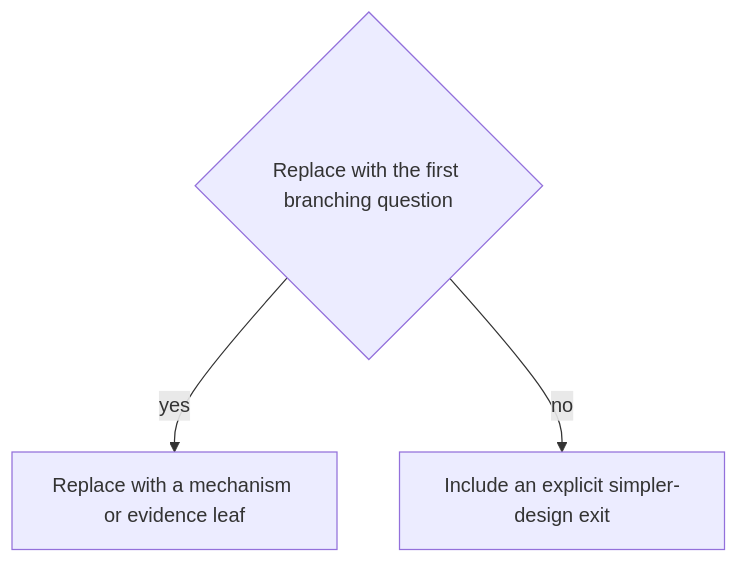
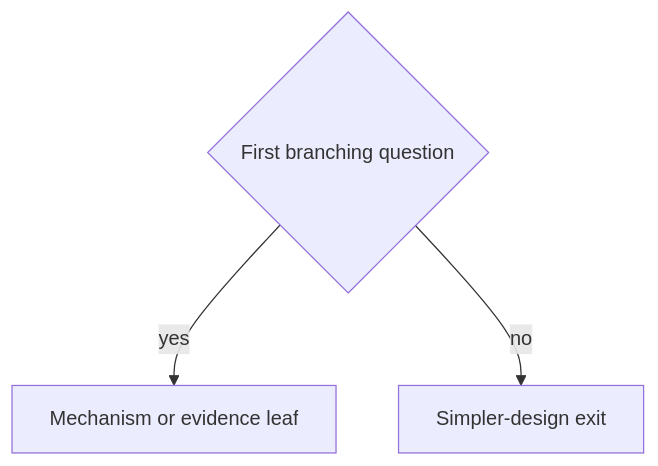
Before and after one commit to fluminis-scientiae-oraculum/doctrines-rust: the diagram in templates/doctrine/decision-framework.md, drawn with Mermaid. The commit also changed other lines of this file and 29 other files, not shown here.

````diff
--- a/templates/doctrine/decision-framework.md
+++ b/templates/doctrine/decision-framework.md
@@ -27,5 +35,5 @@
 ```mermaid
 flowchart TD
-    question{Replace with the first branching question} -->|yes| leaf[Replace with a mechanism or evidence leaf]
-    question -->|no| exit[Include an explicit simpler-design exit]
+    question{First branching question} -->|yes| leaf[Mechanism or evidence leaf]
+    question -->|no| exit[Simpler-design exit]
 ```
````
